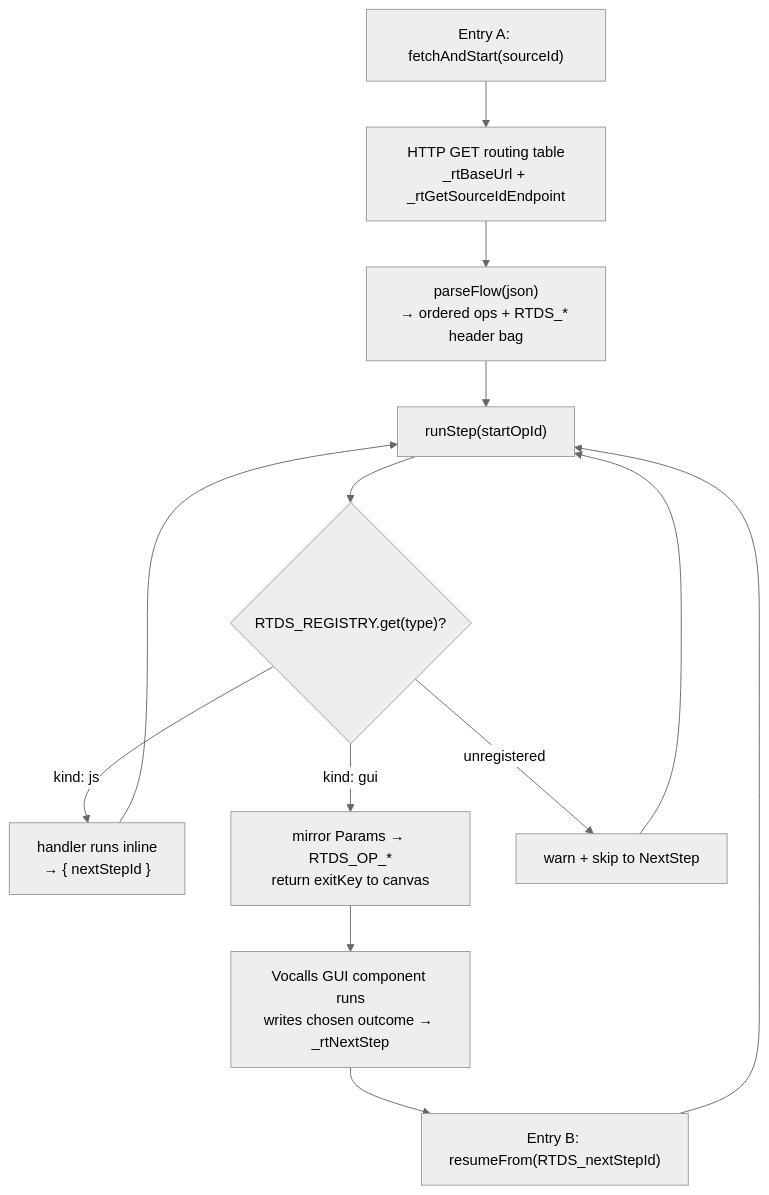
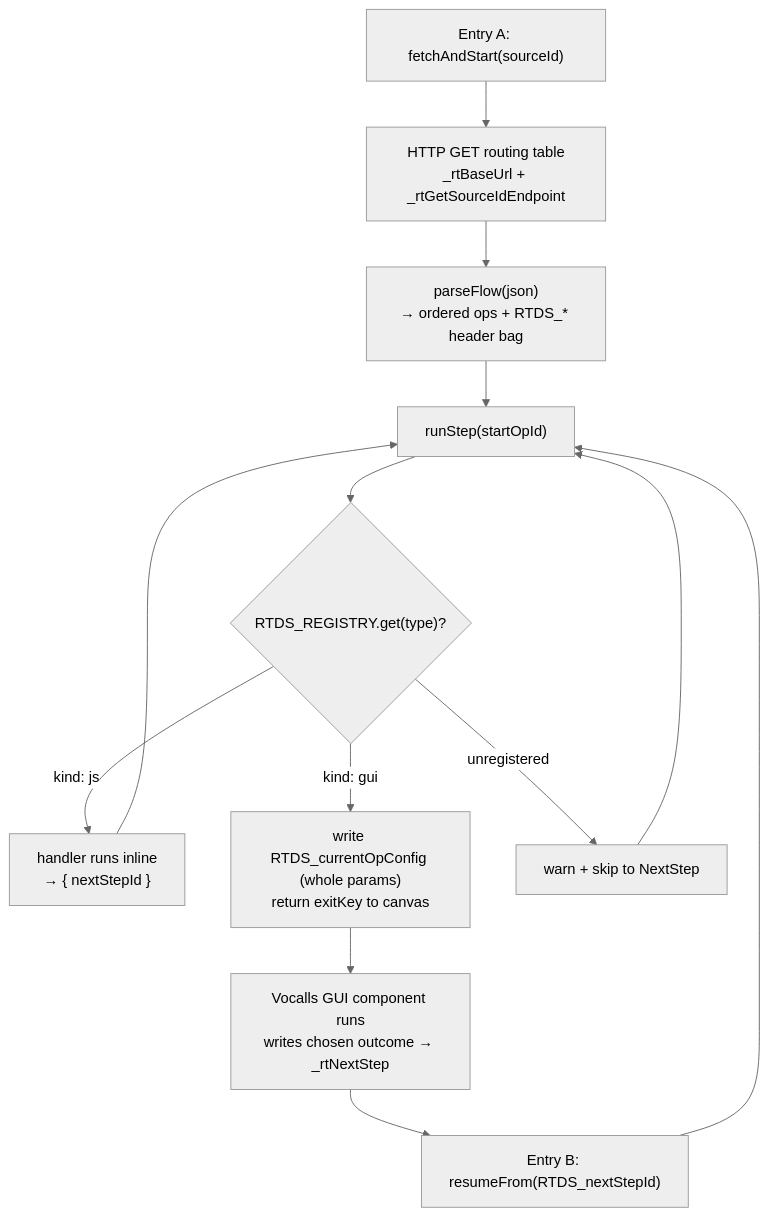
Before and after one commit to MertensMattias/vocalls-rtds: the diagram in rtds/docs/runtime-architecture.md, drawn with Mermaid (neutral theme). The commit also changed other lines of this file and 36 other files, not shown here.

First line of the commit message:
@ feat(rtds): add onCallResult to production flow + trim catalog to live components

````diff
--- a/rtds/docs/runtime-architecture.md
+++ b/rtds/docs/runtime-architecture.md
@@ -60,15 +60,15 @@
 ```mermaid
 flowchart TD
     A["Entry A: fetchAndStart(sourceId)"] --> F["HTTP GET routing table\n_rtBaseUrl + _rtGetSourceIdEndpoint"]
     F --> P["parseFlow(json)\n→ ordered ops + RTDS_* header bag"]
     P --> RS["runStep(startOpId)"]
     RS --> L{"RTDS_REGISTRY.get(type)?"}
     L -->|"kind: js"| H["handler runs inline\n→ { nextStepId }"]
     H --> RS
-    L -->|"kind: gui"| G["mirror Params → RTDS_OP_*\nreturn exitKey to canvas"]
+    L -->|"kind: gui"| G["write RTDS_currentOpConfig (whole params)\nreturn exitKey to canvas"]
     L -->|"unregistered"| W["warn + skip to NextStep"]
     W --> RS
     G --> C["Vocalls GUI component runs\nwrites chosen outcome → _rtNextStep"]
     C --> B["Entry B: resumeFrom(RTDS_nextStepId)"]
     B --> RS
 ```
````
